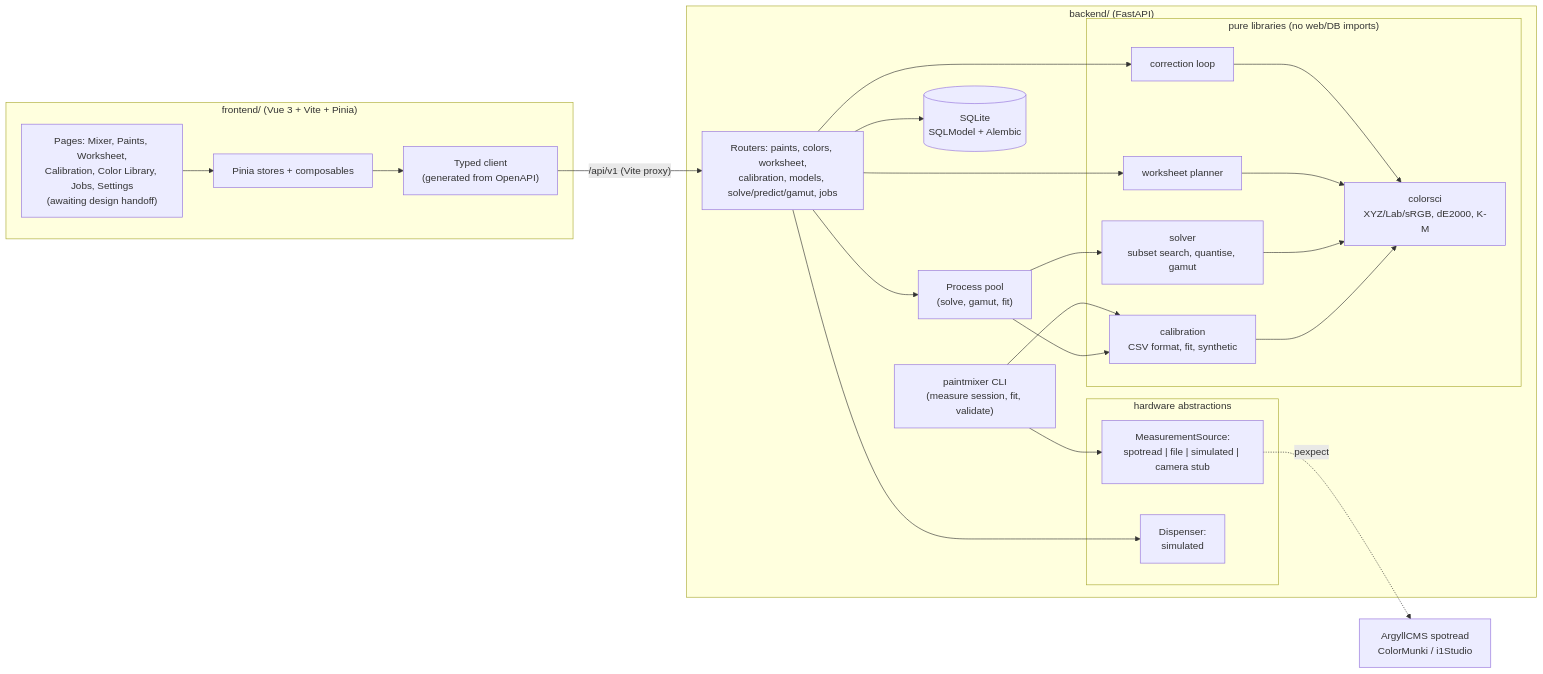
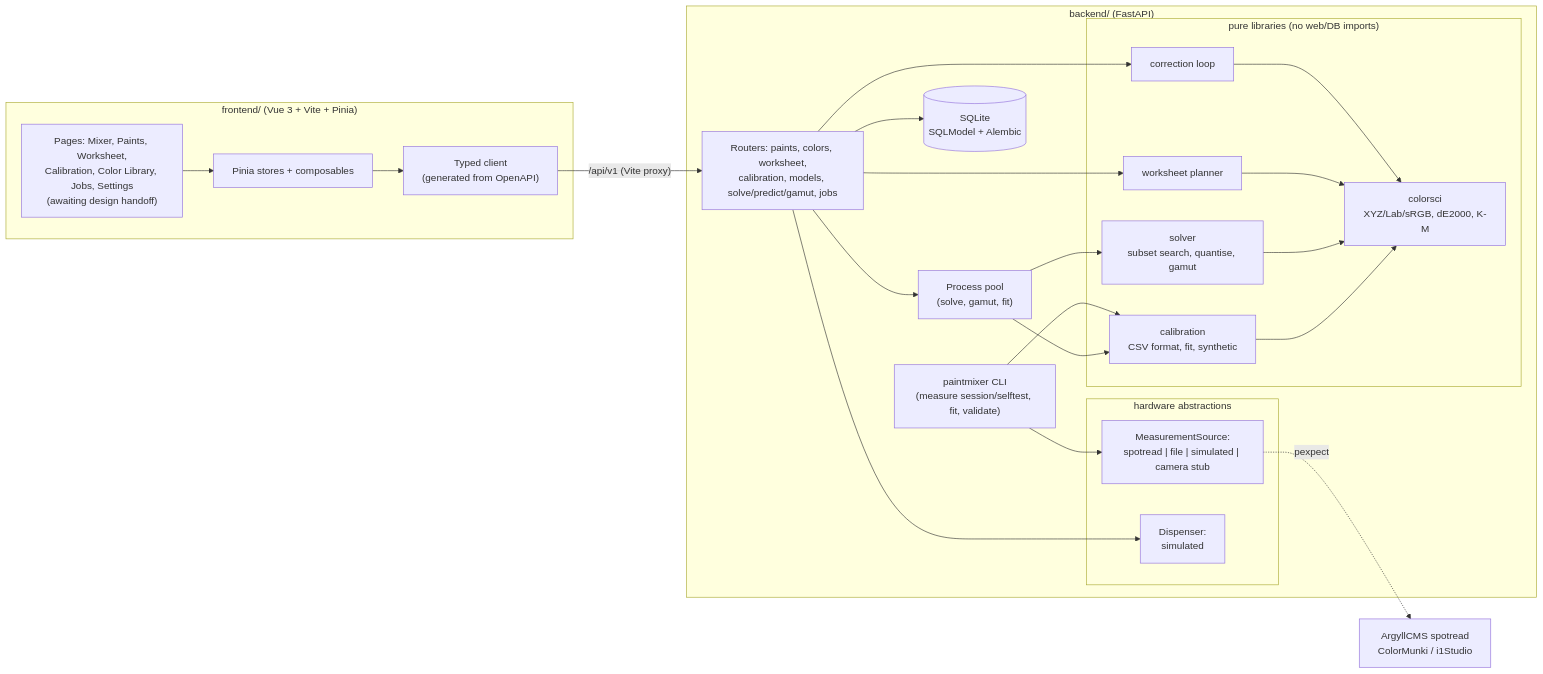
One commit to envariant/nv-paintmixer changed the diagram in README.md. Above: the diagram before and after it, drawn with Mermaid. The commit also changed other lines of this file and 19 other files, not shown here.

First line of the commit message:
Add `paintmixer measure selftest` instrument self-test

````diff
--- a/README.md
+++ b/README.md
@@ -20,34 +20,34 @@
 ```mermaid
 flowchart LR
   subgraph Frontend["frontend/ (Vue 3 + Vite + Pinia)"]
     UI["Pages: Mixer, Paints, Worksheet,<br/>Calibration, Color Library, Jobs, Settings<br/>(awaiting design handoff)"]
     Stores["Pinia stores + composables"]
     Client["Typed client<br/>(generated from OpenAPI)"]
     UI --> Stores --> Client
   end
   Client -- "/api/v1 (Vite proxy)" --> API
   subgraph Backend["backend/ (FastAPI)"]
     API["Routers: paints, colors, worksheet,<br/>calibration, models, solve/predict/gamut, jobs"]
     Pool["Process pool<br/>(solve, gamut, fit)"]
     DB[("SQLite<br/>SQLModel + Alembic")]
     API --> DB
     API --> Pool
     subgraph Pure["pure libraries (no web/DB imports)"]
       CS["colorsci<br/>XYZ/Lab/sRGB, dE2000, K-M"]
       CAL["calibration<br/>CSV format, fit, synthetic"]
       SOL["solver<br/>subset search, quantise, gamut"]
       WS["worksheet planner"]
       COR["correction loop"]
     end
     Pool --> CAL & SOL
     API --> WS & COR
     CAL & SOL & WS & COR --> CS
     subgraph HW["hardware abstractions"]
       MS["MeasurementSource:<br/>spotread | file | simulated | camera stub"]
       DS["Dispenser:<br/>simulated"]
     end
     API --> DS
-    CLI["paintmixer CLI<br/>(measure session, fit, validate)"] --> MS & CAL
+    CLI["paintmixer CLI<br/>(measure session/selftest, fit, validate)"] --> MS & CAL
   end
   MS -. "pexpect" .-> Argyll["ArgyllCMS spotread<br/>ColorMunki / i1Studio"]
 ```
````
